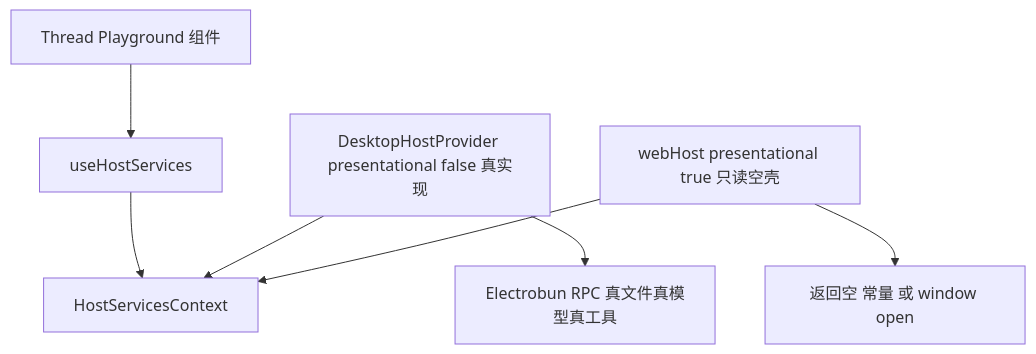
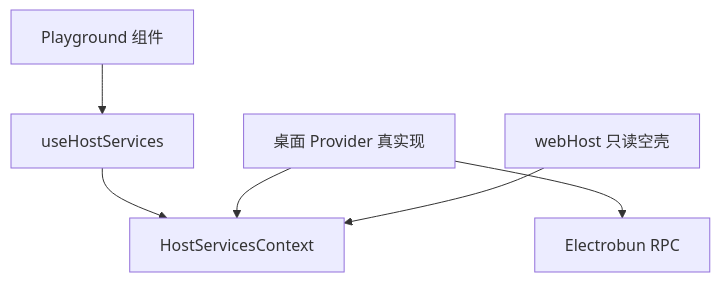
One commit to diguike/book-source-reading changed the third of 6 diagrams in book/06-llm-space.md. Above: the diagram before and after it, drawn with Mermaid. The commit also changed other lines of this file and 10 other files, not shown here.

````diff
--- a/book/06-llm-space.md
+++ b/book/06-llm-space.md
@@ -422,9 +423,8 @@
 ```mermaid
 graph TB
-    UI[Thread Playground 组件] --> Hook[useHostServices]
+    UI[Playground 组件] --> Hook[useHostServices]
     Hook --> Ctx[HostServicesContext]
-    Desktop[DesktopHostProvider presentational false 真实现] --> Ctx
-    Web[webHost presentational true 只读空壳] --> Ctx
-    Desktop --> RPC[Electrobun RPC 真文件真模型真工具]
-    Web --> Noop[返回空 常量 或 window open]
+    Desktop[桌面 Provider 真实现] --> Ctx
+    Web[webHost 只读空壳] --> Ctx
+    Desktop --> RPC[Electrobun RPC]
 ```
````
